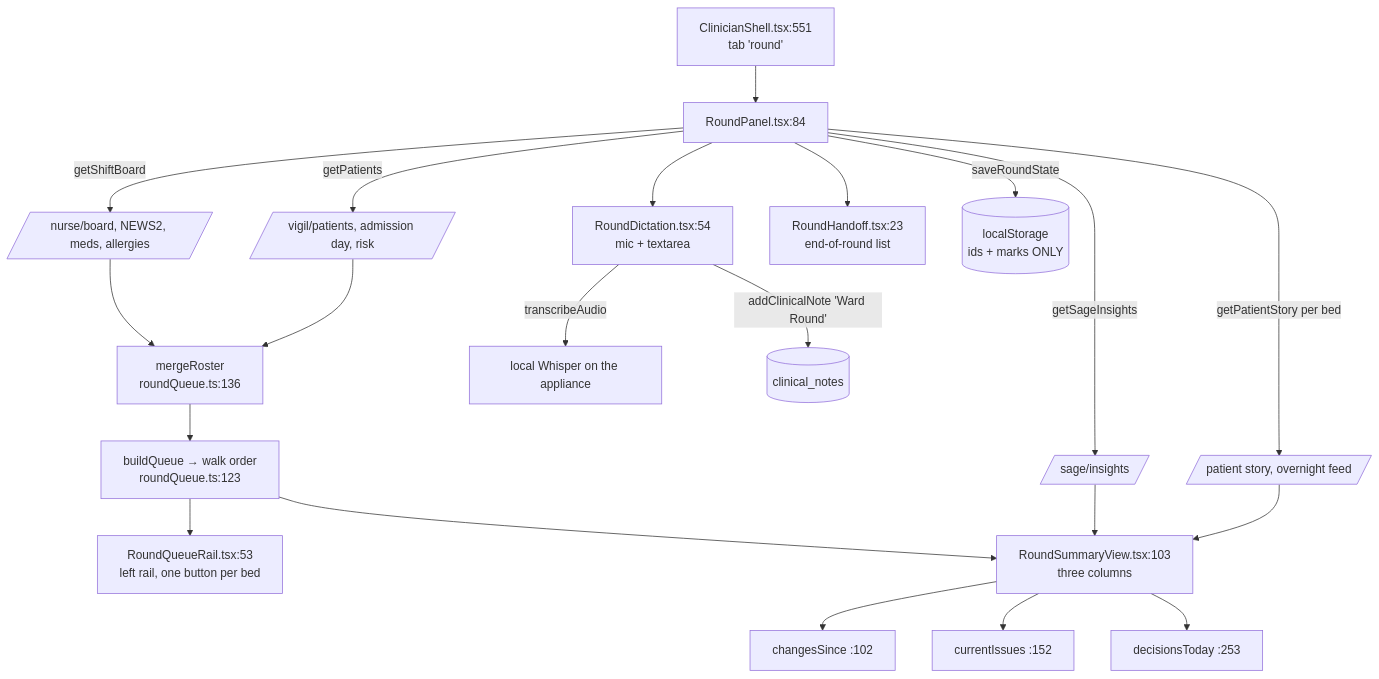
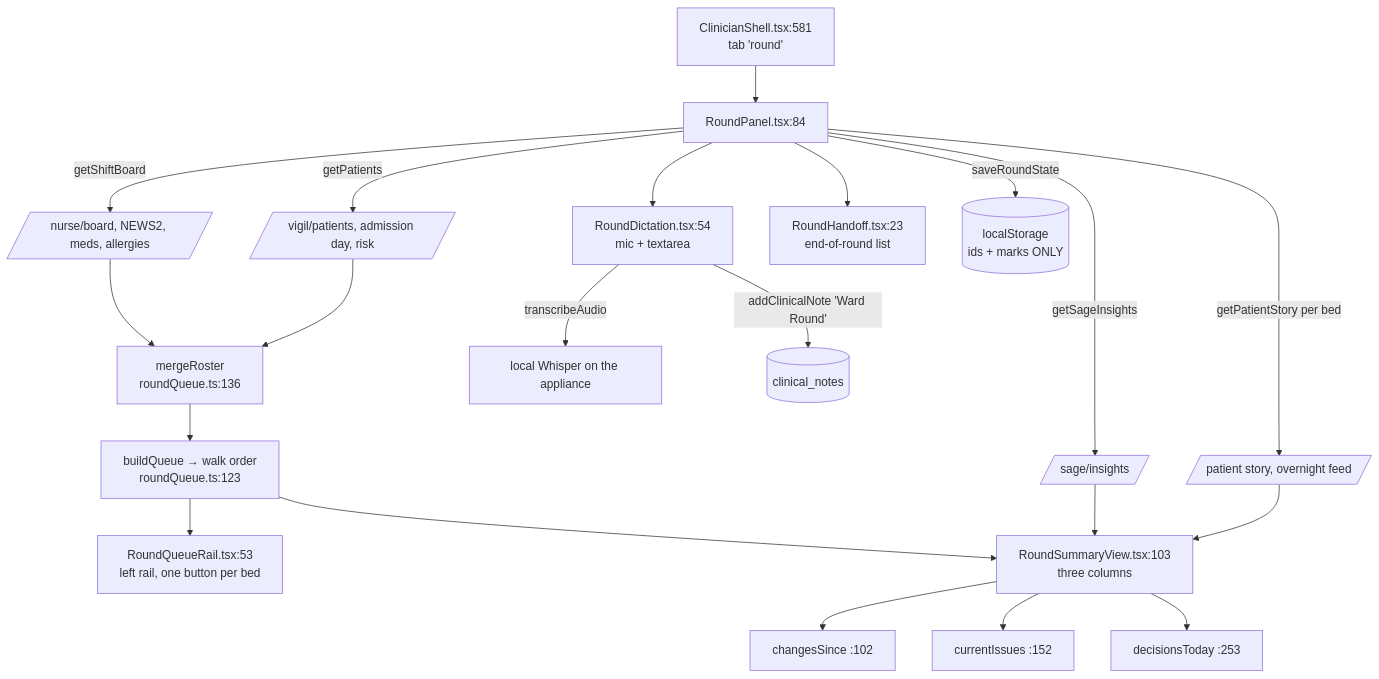
One commit to samuelmorningstar23/Orb changed the first of 2 diagrams in docs/guide/38-ward-round-mode.md. Above: the diagram before and after it, drawn with Mermaid. The commit also changed other lines of this file and 188 other files, not shown here.

````diff
--- a/docs/guide/38-ward-round-mode.md
+++ b/docs/guide/38-ward-round-mode.md
@@ -36,23 +36,23 @@
 ```mermaid
 graph TD
-  SHELL[ClinicianShell.tsx:551<br/>tab 'round'] --> PANEL[RoundPanel.tsx:84]
+  SHELL[ClinicianShell.tsx:581<br/>tab 'round'] --> PANEL[RoundPanel.tsx:84]
   PANEL -->|getShiftBoard| B1[/nurse/board, NEWS2, meds, allergies/]
   PANEL -->|getPatients| B2[/vigil/patients, admission day, risk/]
   PANEL -->|getSageInsights| B3[/sage/insights/]
   PANEL -->|getPatientStory per bed| B4[/patient story, overnight feed/]
   B1 --> MERGE[mergeRoster<br/>roundQueue.ts:136]
   B2 --> MERGE
   MERGE --> Q[buildQueue → walk order<br/>roundQueue.ts:123]
   Q --> RAIL[RoundQueueRail.tsx:53<br/>left rail, one button per bed]
   Q --> SUM[RoundSummaryView.tsx:103<br/>three columns]
   B3 --> SUM
   B4 --> SUM
   SUM --> D1[changesSince :102]
   SUM --> D2[currentIssues :152]
   SUM --> D3[decisionsToday :253]
   PANEL --> DICT[RoundDictation.tsx:54<br/>mic + textarea]
   DICT -->|transcribeAudio| ASR[local Whisper on the appliance]
   DICT -->|addClinicalNote 'Ward Round'| CHART[(clinical_notes)]
   PANEL --> HAND[RoundHandoff.tsx:23<br/>end-of-round list]
   PANEL -->|saveRoundState| LS[(localStorage<br/>ids + marks ONLY)]
 ```
````
